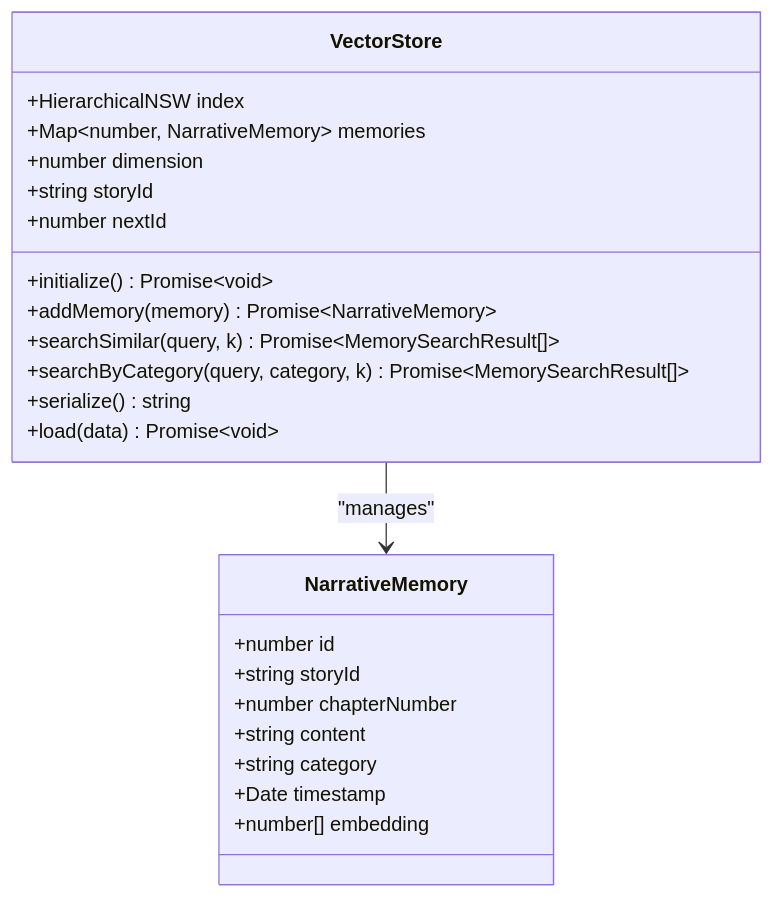
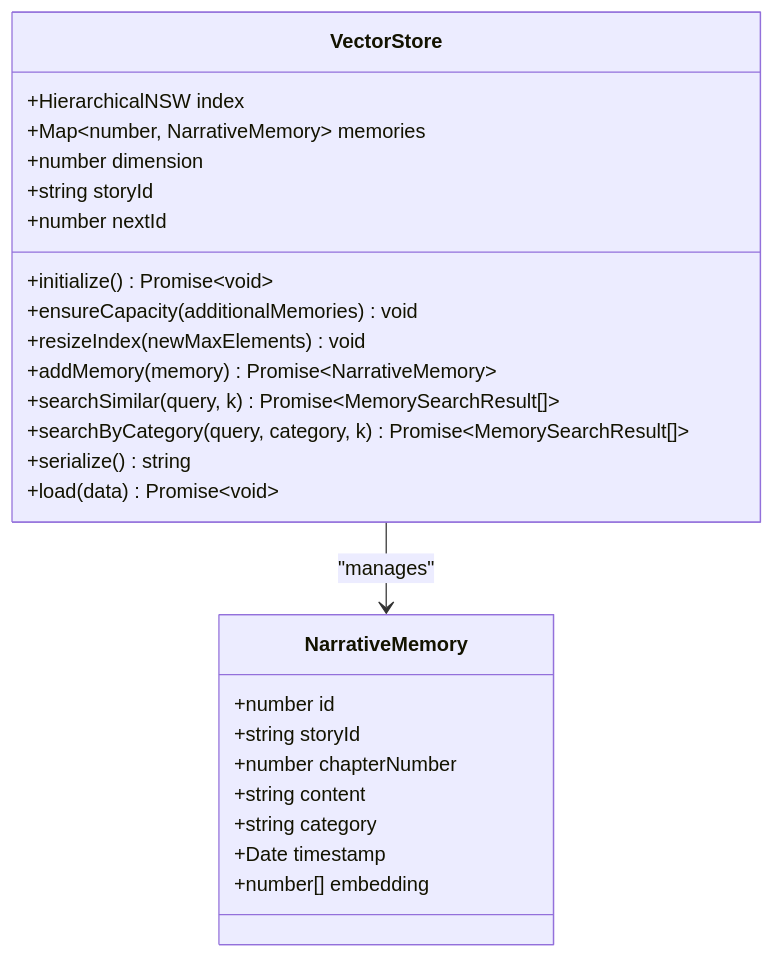
One commit to liwonder/NARRITIVE_OS changed the seventh of 13 diagrams in .qoder/repowiki/en/content/Memory Management System/Memory Management System.md. Above: the diagram before and after it, drawn with Mermaid. The commit also changed other lines of this file and 12 other files, not shown here.

````diff
--- a/.qoder/repowiki/en/content/Memory Management System/Memory Management System.md
+++ b/.qoder/repowiki/en/content/Memory Management System/Memory Management System.md
@@ -369,26 +372,28 @@
 ```mermaid
 classDiagram
 class VectorStore {
 +HierarchicalNSW index
 +Map~number, NarrativeMemory~ memories
 +number dimension
 +string storyId
 +number nextId
 +initialize() Promise~void~
++ensureCapacity(additionalMemories) void
++resizeIndex(newMaxElements) void
 +addMemory(memory) Promise~NarrativeMemory~
 +searchSimilar(query, k) Promise~MemorySearchResult[]~
 +searchByCategory(query, category, k) Promise~MemorySearchResult[]~
 +serialize() string
 +load(data) Promise~void~
 }
 class NarrativeMemory {
 +number id
 +string storyId
 +number chapterNumber
 +string content
 +string category
 +Date timestamp
 +number[] embedding
 }
 VectorStore --> NarrativeMemory : "manages"
 ```
````
